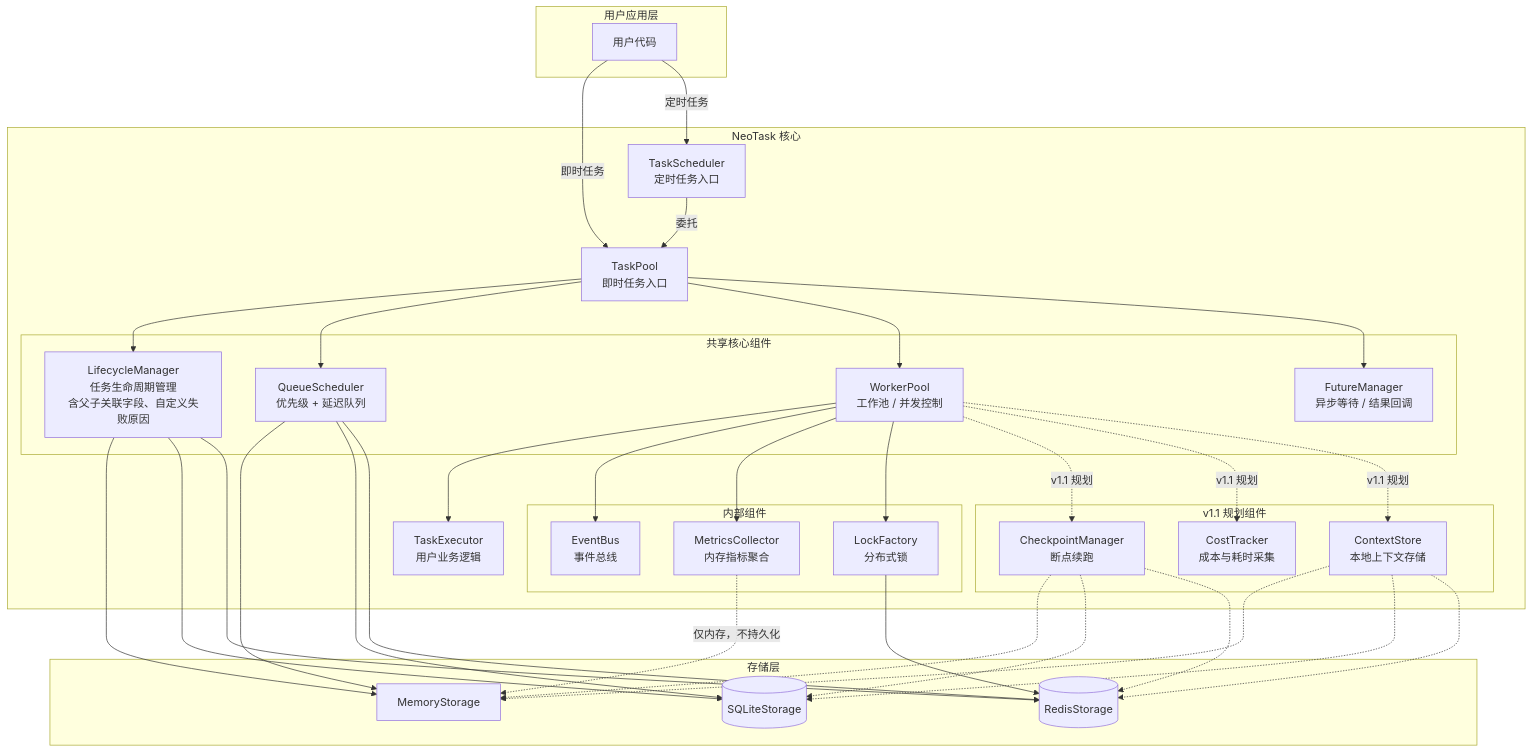
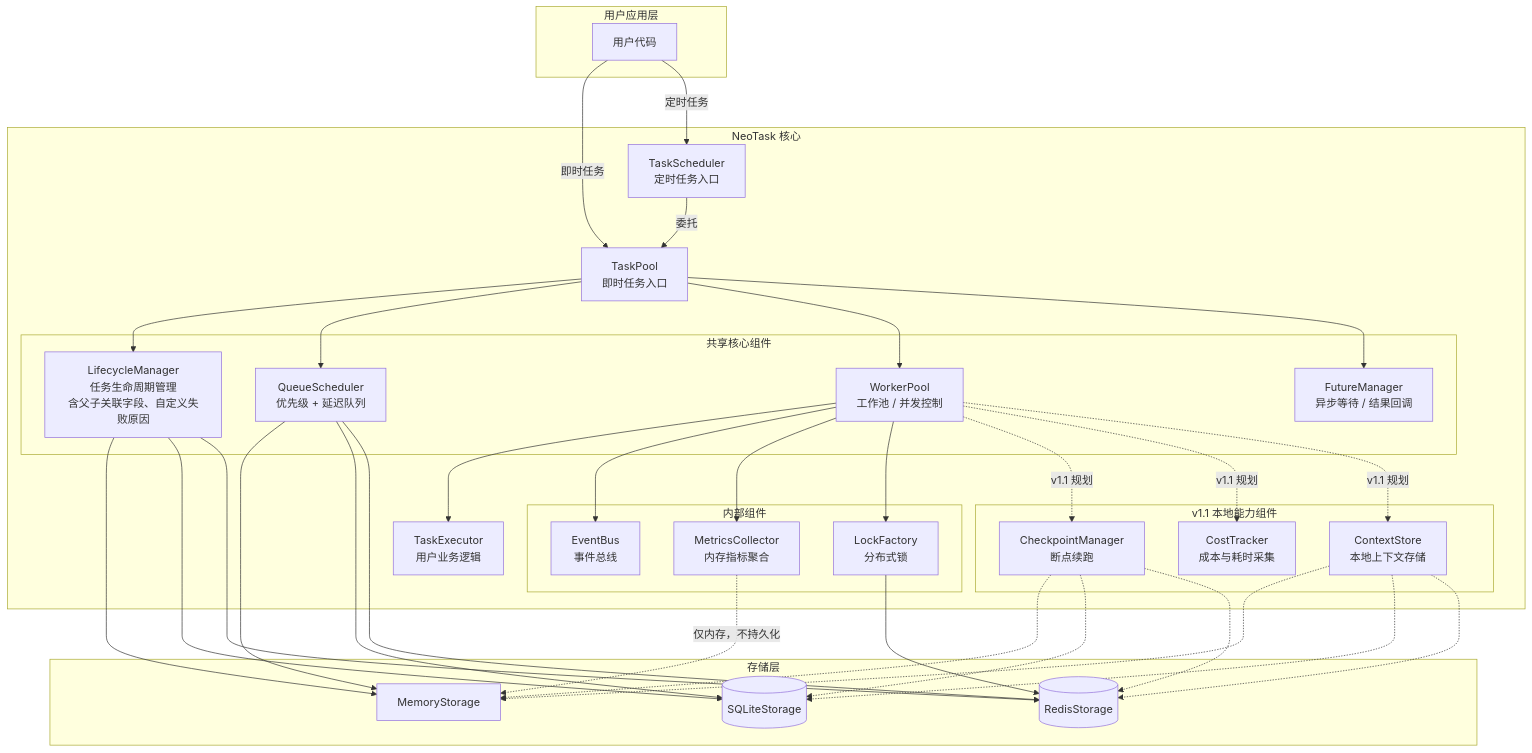
Before and after one commit to neopen/neotask: the first of 2 diagrams in README_zh.md, drawn with Mermaid. The commit also changed other lines of this file and 6 other files, not shown here.

````diff
--- a/README_zh.md
+++ b/README_zh.md
@@ -70,74 +72,74 @@
 ```mermaid
 graph TB
     subgraph User["用户应用层"]
         APP[用户代码]
     end
 
     subgraph NeoTask["NeoTask 核心"]
         TP[TaskPool<br/>即时任务入口]
         TS[TaskScheduler<br/>定时任务入口]
 
         subgraph Core["共享核心组件"]
             LM[LifecycleManager<br/>任务生命周期管理<br/>含父子关联字段、自定义失败原因]
             QS[QueueScheduler<br/>优先级 + 延迟队列]
             WP[WorkerPool<br/>工作池 / 并发控制]
             FM[FutureManager<br/>异步等待 / 结果回调]
         end
 
-        subgraph Planned["v1.1 规划组件"]
+        subgraph Planned["v1.1 本地能力组件"]
             CK[CheckpointManager<br/>断点续跑]
             CT[CostTracker<br/>成本与耗时采集]
             CS[ContextStore<br/>本地上下文存储]
         end
 
         subgraph Internal["内部组件"]
             EB[EventBus<br/>事件总线]
             MC[MetricsCollector<br/>内存指标聚合]
             LF[LockFactory<br/>分布式锁]
         end
 
         EX[TaskExecutor<br/>用户业务逻辑]
     end
 
     subgraph Storage["存储层"]
         MEM[MemoryStorage]
         SQLITE[(SQLiteStorage)]
         REDIS[(RedisStorage)]
     end
 
     APP -->|即时任务| TP
     APP -->|定时任务| TS
     TS -->|委托| TP
     TP --> LM
     TP --> QS
     TP --> WP
     TP --> FM
 
     WP --> EX
     WP --> EB
     WP --> MC
     WP --> LF
     WP -.->|v1.1 规划| CK
     WP -.->|v1.1 规划| CT
     WP -.->|v1.1 规划| CS
 
     LM --> MEM
     LM --> SQLITE
     LM --> REDIS
 
     QS --> MEM
     QS --> SQLITE
     QS --> REDIS
 
     CK -.-> MEM
     CK -.-> SQLITE
     CK -.-> REDIS
 
     CS -.-> MEM
     CS -.-> SQLITE
     CS -.-> REDIS
 
     MC -.->|仅内存，不持久化| MEM
 
     LF --> REDIS
 ```
````
